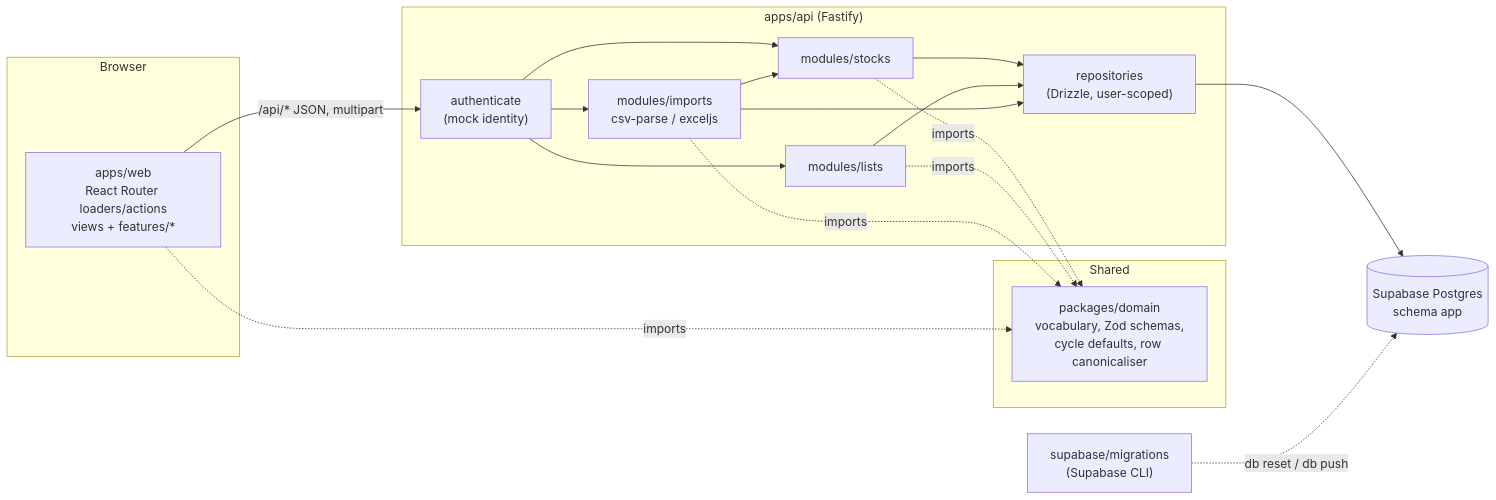
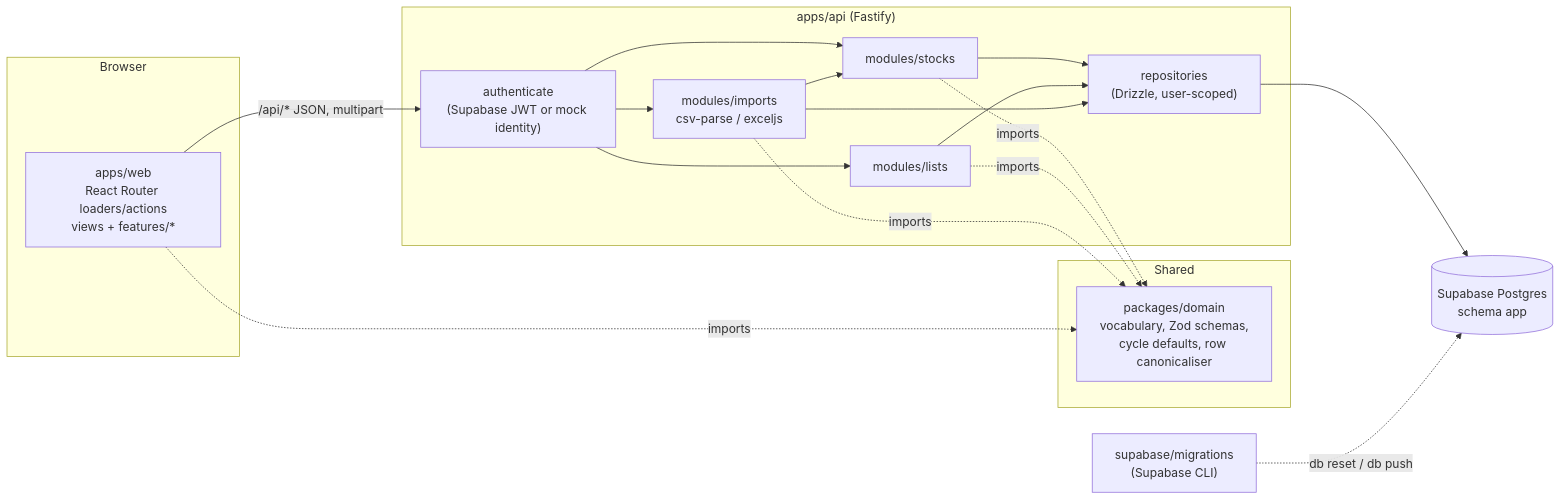
The first of 3 diagrams in docs/features/stock-lists/v1.0/design.md (Thammasok/investhesis), drawn with Mermaid before and after one commit. The commit also changed other lines of this file and 7 other files, not shown here.

````diff
--- a/docs/features/stock-lists/v1.0/design.md
+++ b/docs/features/stock-lists/v1.0/design.md
@@ -18,26 +18,26 @@
 ```mermaid
 flowchart LR
   subgraph Browser
     W["apps/web<br/>React Router loaders/actions<br/>views + features/*"]
   end
   subgraph Shared
     D["packages/domain<br/>vocabulary, Zod schemas,<br/>cycle defaults, row canonicaliser"]
   end
   subgraph API["apps/api (Fastify)"]
-    A["authenticate<br/>(mock identity)"]
+    A["authenticate<br/>(Supabase JWT or mock identity)"]
     S["modules/stocks"]
     L["modules/lists"]
     I["modules/imports<br/>csv-parse / exceljs"]
     R["repositories<br/>(Drizzle, user-scoped)"]
   end
   DB[("Supabase Postgres<br/>schema app")]
   M["supabase/migrations<br/>(Supabase CLI)"]
 
   W -- "/api/* JSON, multipart" --> A
   A --> S & L & I
   S & L & I --> R --> DB
   I --> S
   W -. imports .-> D
   S & L & I -. imports .-> D
   M -. "db reset / db push" .-> DB
 ```
````
